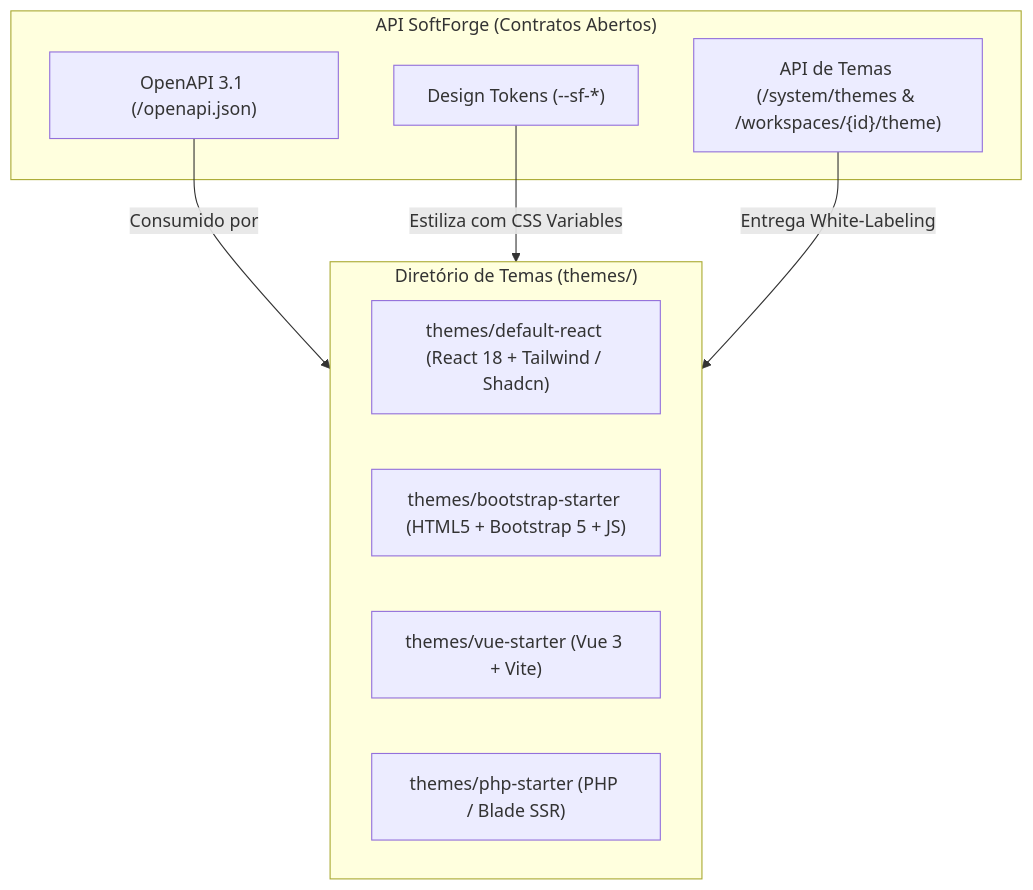
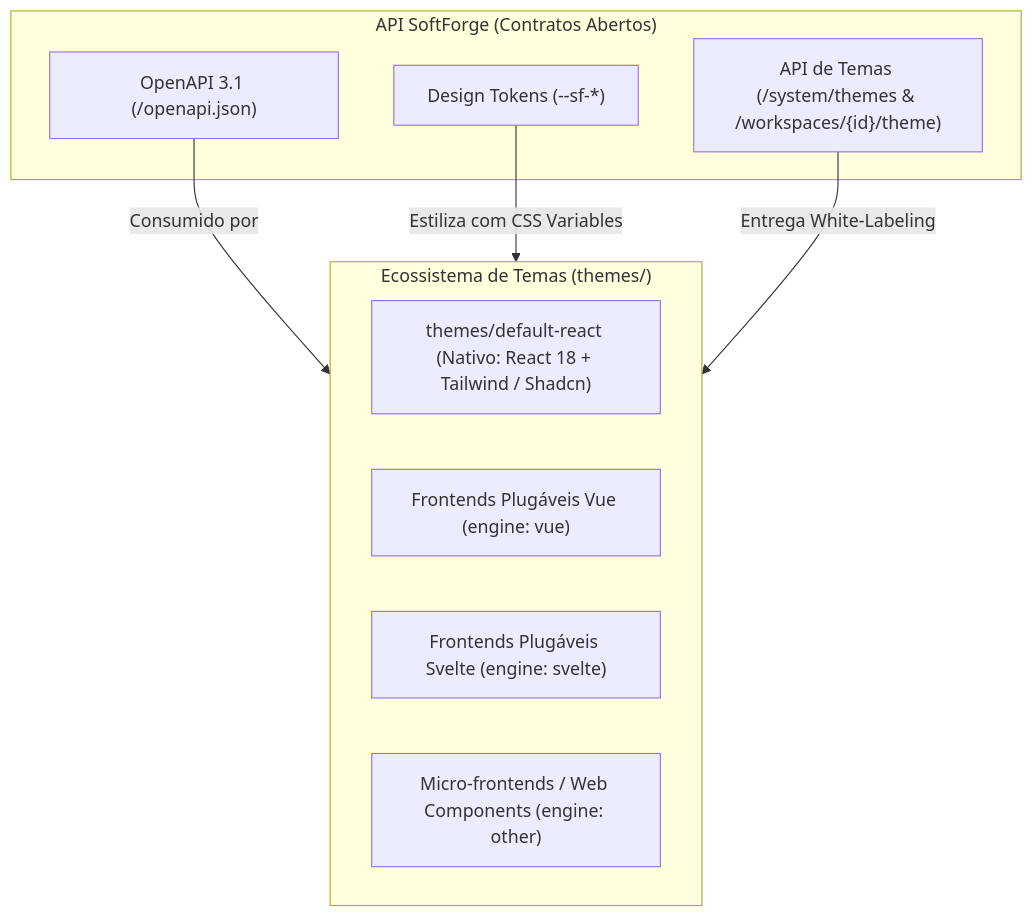
One commit to omauriciofala/softforge.redepronta.com changed the diagram in docs/pt-br/19-sistema-de-temas-e-multi-frontends.md. Above: the diagram before and after it, drawn with Mermaid. The commit also changed other lines of this file and 11 other files, not shown here.

Commit message:
refactor(themes): remove bootstrap starter and focus on default react while preserving multi-frontend architecture

````diff
--- a/docs/pt-br/19-sistema-de-temas-e-multi-frontends.md
+++ b/docs/pt-br/19-sistema-de-temas-e-multi-frontends.md
@@ -11,19 +11,19 @@
 ```mermaid
 flowchart TD
     subgraph Backend["API SoftForge (Contratos Abertos)"]
         OAS["OpenAPI 3.1 (/openapi.json)"]
         Tokens["Design Tokens (--sf-*)"]
         ThemesAPI["API de Temas (/system/themes & /workspaces/{id}/theme)"]
     end
 
-    subgraph Themes["Diretório de Temas (themes/)"]
-        ReactTheme["themes/default-react (React 18 + Tailwind / Shadcn)"]
-        BootstrapTheme["themes/bootstrap-starter (HTML5 + Bootstrap 5 + JS)"]
-        VueTheme["themes/vue-starter (Vue 3 + Vite)"]
-        PHPTheme["themes/php-starter (PHP / Blade SSR)"]
+    subgraph Themes["Ecossistema de Temas (themes/)"]
+        ReactTheme["themes/default-react (Nativo: React 18 + Tailwind / Shadcn)"]
+        VueTheme["Frontends Plugáveis Vue (engine: vue)"]
+        SvelteTheme["Frontends Plugáveis Svelte (engine: svelte)"]
+        OtherTheme["Micro-frontends / Web Components (engine: other)"]
     end
 
     OAS -->|Consumido por| Themes
     Tokens -->|Estiliza com CSS Variables| Themes
     ThemesAPI -->|Entrega White-Labeling| Themes
 ```
````
